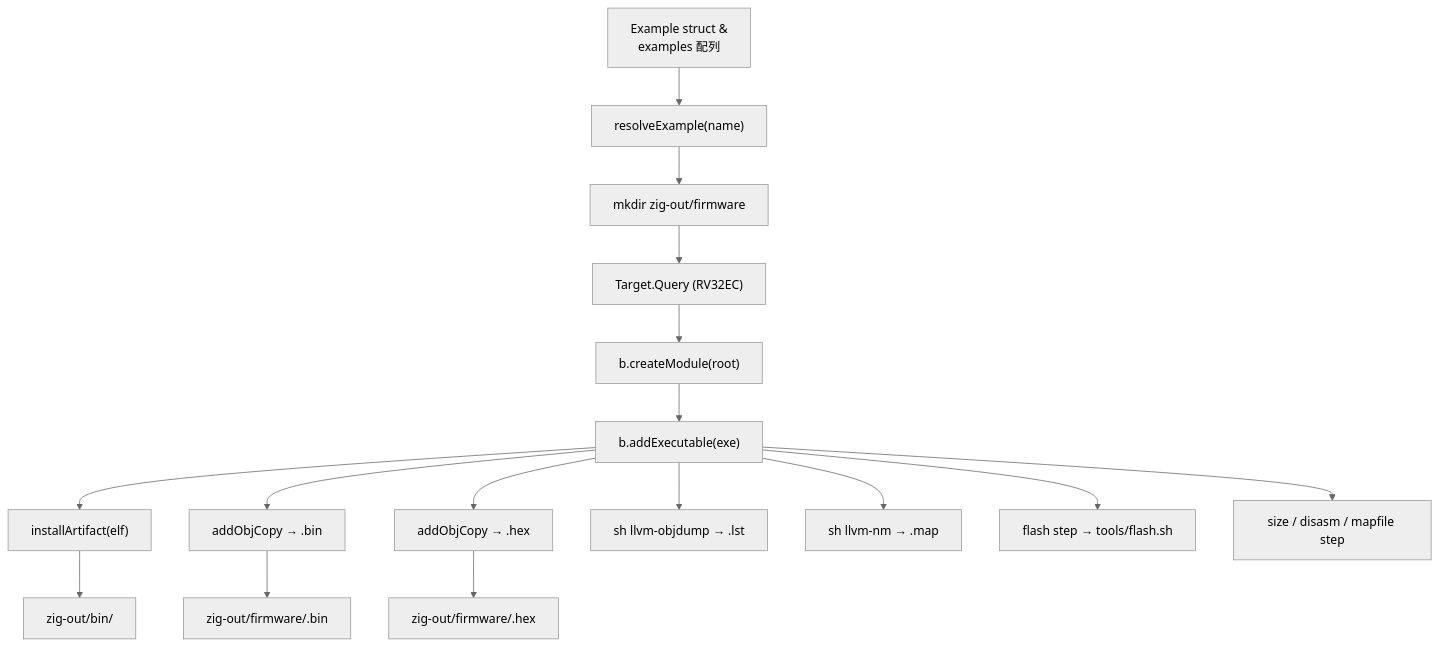
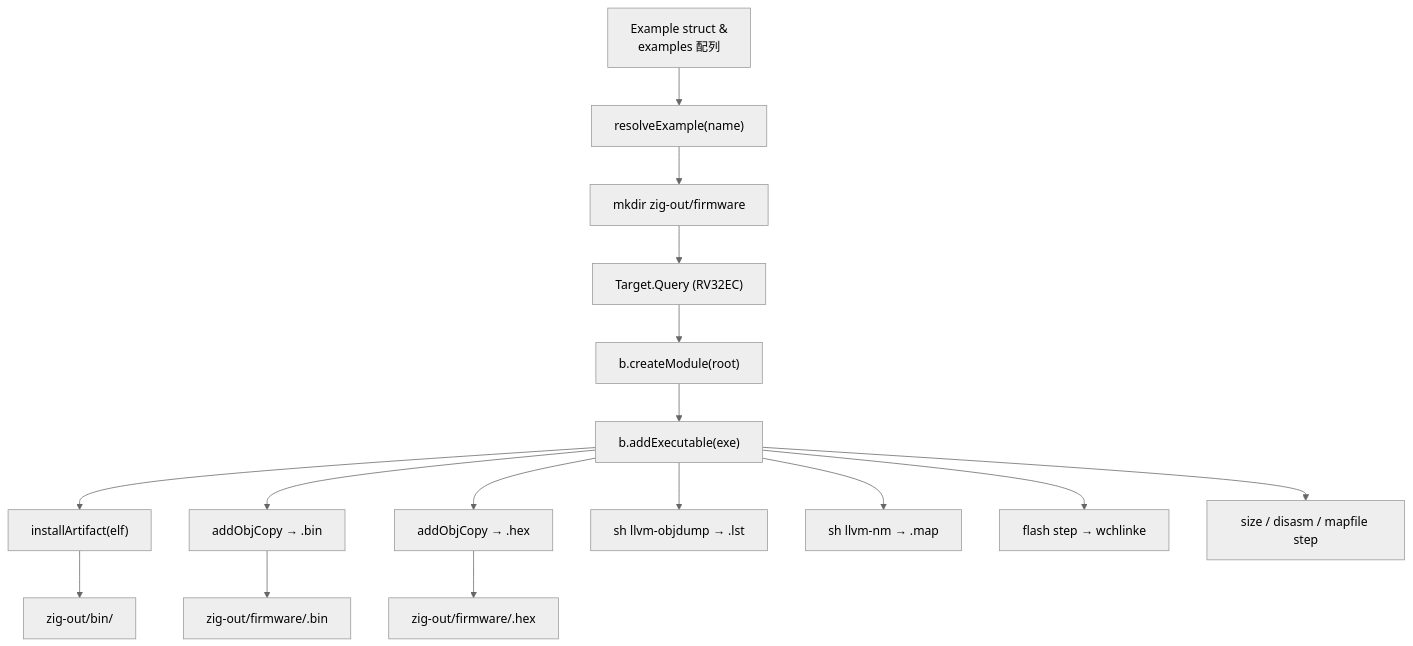
One commit to MimocWorks/ch32fun_zig changed the first of 2 diagrams in docs/chapters/07-build-zig-walkthrough/README.md. Above: the diagram before and after it, drawn with Mermaid (neutral theme). The commit also changed other lines of this file and 12 other files, not shown here.

````diff
--- a/docs/chapters/07-build-zig-walkthrough/README.md
+++ b/docs/chapters/07-build-zig-walkthrough/README.md
@@ -16,18 +16,18 @@
 ```mermaid
 flowchart TD
     A["Example struct &<br/>examples 配列"] --> B["resolveExample(name)"]
     B --> C["mkdir zig-out/firmware"]
     C --> D["Target.Query (RV32EC)"]
     D --> E["b.createModule(root)"]
     E --> F["b.addExecutable(exe)"]
     F --> G["installArtifact(elf)"]
     F --> H["addObjCopy → .bin"]
     F --> I["addObjCopy → .hex"]
     F --> J["sh llvm-objdump → .lst"]
     F --> K["sh llvm-nm → .map"]
     G --> L["zig-out/bin/<name>"]
     H --> M["zig-out/firmware/<name>.bin"]
     I --> N["zig-out/firmware/<name>.hex"]
-    F --> P["flash step → tools/flash.sh"]
+    F --> P["flash step → wchlinke"]
     F --> Q["size / disasm / mapfile step"]
 ```
````
